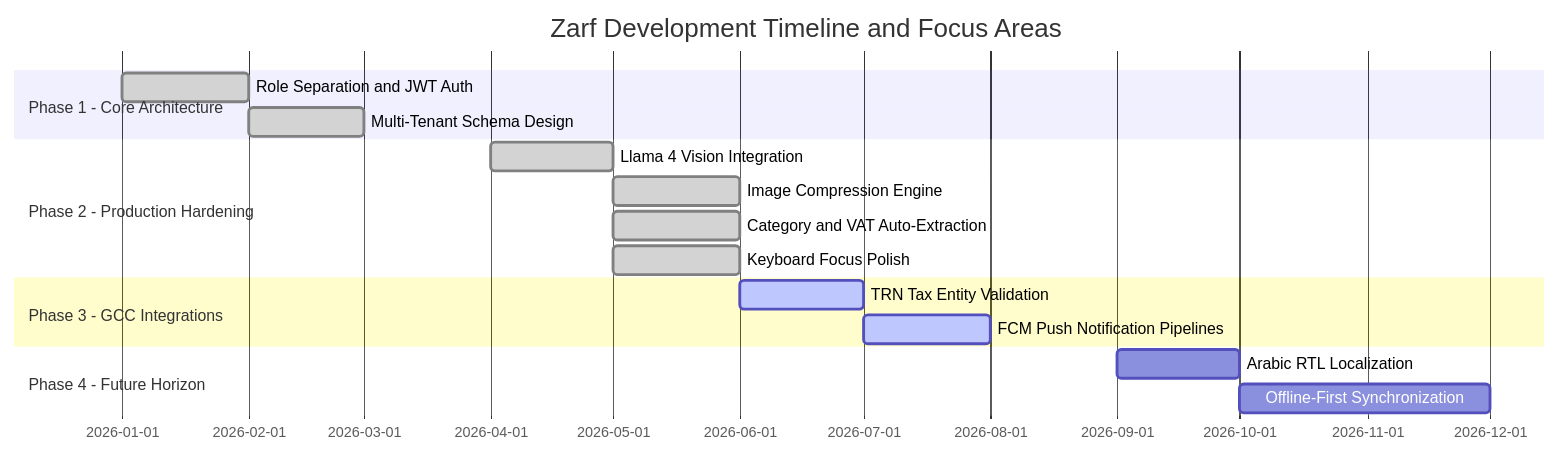
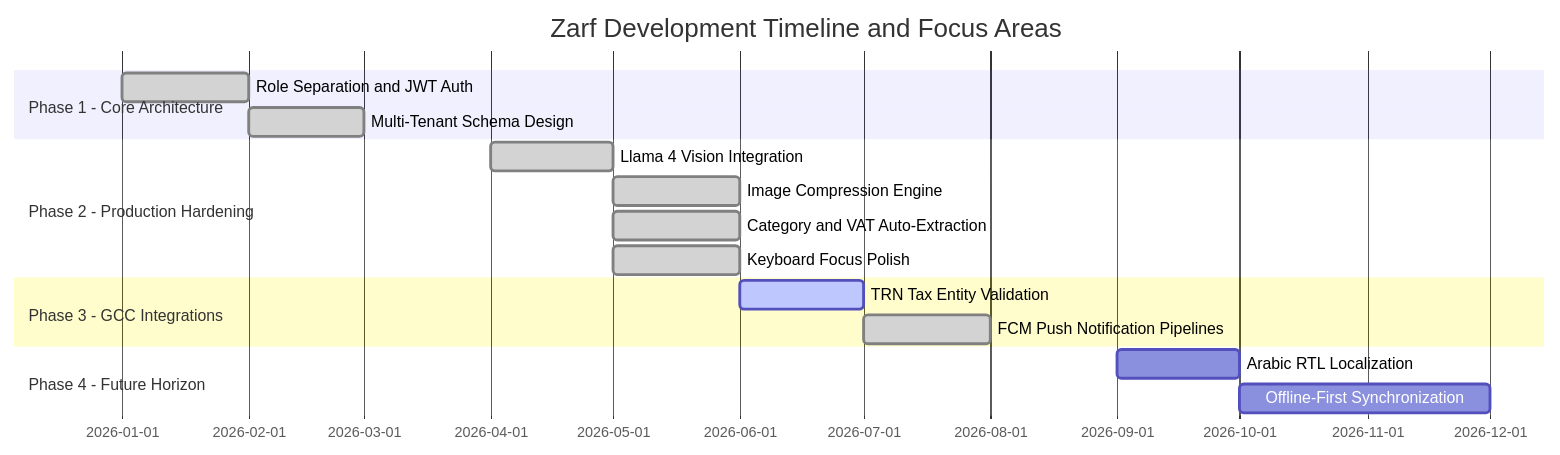
The diagram in ROADMAP.md (r6rizwan/Zarf), drawn with Mermaid before and after one commit. The commit also changed other lines of this file and 12 other files, not shown here.

````diff
--- a/ROADMAP.md
+++ b/ROADMAP.md
@@ -9,19 +9,19 @@
 ```mermaid
 gantt
     title Zarf Development Timeline and Focus Areas
     dateFormat  YYYY-MM
     section Phase 1 - Core Architecture
     Role Separation and JWT Auth         :done, p1, 2026-01, 2026-02
     Multi-Tenant Schema Design        :done, p2, 2026-02, 2026-03
     section Phase 2 - Production Hardening
     Llama 4 Vision Integration         :done, p3, 2026-04, 2026-05
     Image Compression Engine          :done, p4, 2026-05, 2026-06
     Category and VAT Auto-Extraction    :done, p5, 2026-05, 2026-06
     Keyboard Focus Polish             :done, p6, 2026-05, 2026-06
     section Phase 3 - GCC Integrations
     TRN Tax Entity Validation         :active, p7, 2026-06, 2026-07
-    FCM Push Notification Pipelines   :active, p8, 2026-07, 2026-08
+    FCM Push Notification Pipelines   :done, p8, 2026-07, 2026-08
     section Phase 4 - Future Horizon
     Arabic RTL Localization           : p9, 2026-09, 2026-10
     Offline-First Synchronization     : p10, 2026-10, 2026-12
 ```
````
